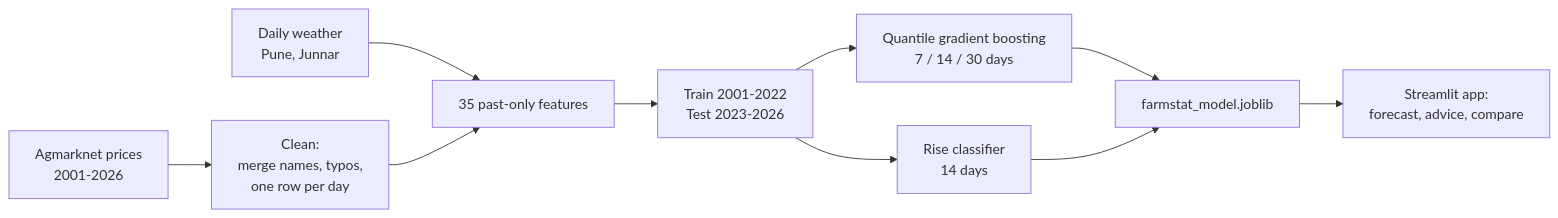
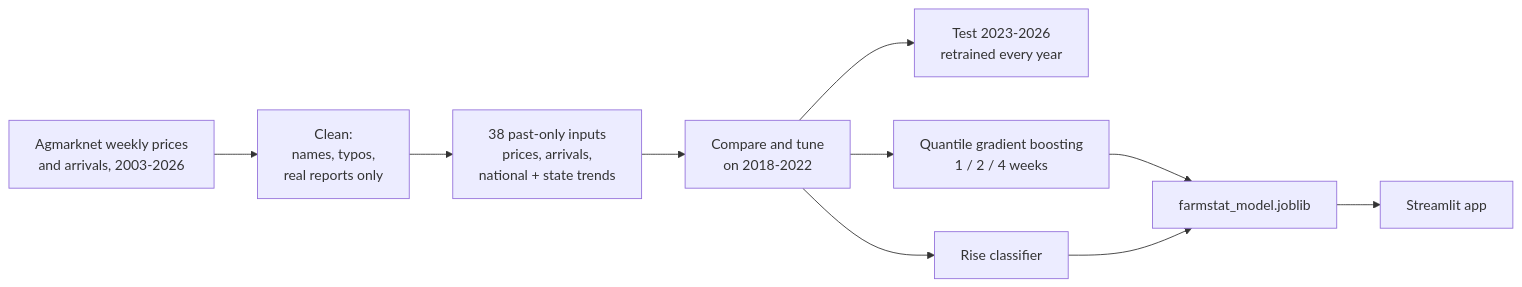
Before and after one commit to Iamshi-vissa/FarmStat: the first of 2 diagrams in README.md, drawn with Mermaid. The commit also changed other lines of this file and 29 other files, not shown here.

Commit message:
All-India version: 24 states, weekly forecasts with arrivals

````diff
--- a/README.md
+++ b/README.md
@@ -84,12 +96,12 @@
 ```mermaid
 flowchart LR
-    P[Agmarknet prices<br/>2001-2026] --> C[Clean:<br/>merge names, typos,<br/>one row per day]
-    W[Daily weather<br/>Pune, Junnar] --> F
-    C --> F[35 past-only features]
-    F --> S[Train 2001-2022<br/>Test 2023-2026]
-    S --> Q[Quantile gradient boosting<br/>7 / 14 / 30 days]
-    S --> R[Rise classifier<br/>14 days]
+    P[Agmarknet weekly prices<br/>and arrivals, 2003-2026] --> C[Clean:<br/>names, typos,<br/>real reports only]
+    C --> F[38 past-only inputs<br/>prices, arrivals,<br/>national + state trends]
+    F --> V[Compare and tune<br/>on 2018-2022]
+    V --> T[Test 2023-2026<br/>retrained every year]
+    V --> Q[Quantile gradient boosting<br/>1 / 2 / 4 weeks]
+    V --> R[Rise classifier]
     Q --> M[farmstat_model.joblib]
     R --> M
-    M --> A[Streamlit app:<br/>forecast, advice, compare]
+    M --> A[Streamlit app]
 ```
````
